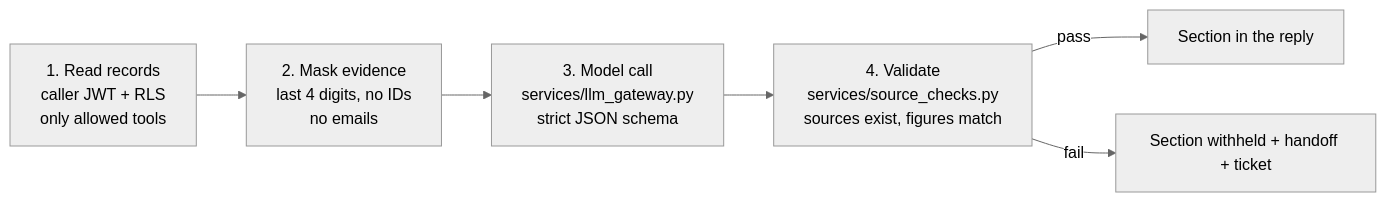
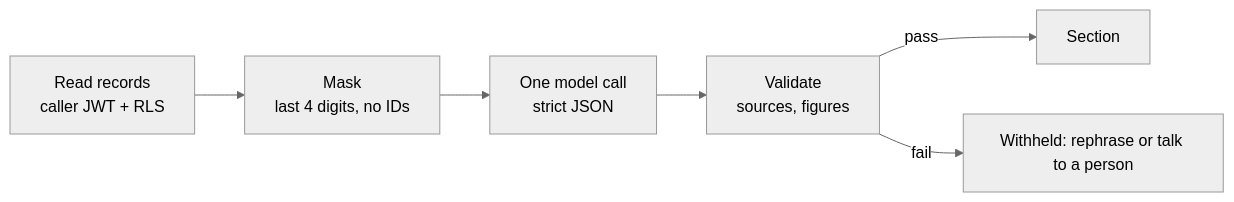
Before and after one commit to deniseLie/IS4000_Group7: the third of 3 diagrams in docs/how-agents-run.md, drawn with Mermaid (neutral theme). The commit also changed other lines of this file and 9 other files, not shown here.

Commit message:
changes to the architecture based on the refined product backlog and refined the ui

````diff
--- a/docs/how-agents-run.md
+++ b/docs/how-agents-run.md
@@ -61,8 +56,6 @@
 ```mermaid
 flowchart LR
-  R[1. Read records<br/>caller JWT + RLS<br/>only allowed tools] --> M[2. Mask evidence<br/>last 4 digits, no IDs<br/>no emails]
-  M --> L[3. Model call<br/>services/llm_gateway.py<br/>strict JSON schema]
-  L --> V[4. Validate<br/>services/source_checks.py<br/>sources exist, figures match]
-  V -->|pass| S[Section in the reply]
-  V -->|fail| W[Section withheld + handoff + ticket]
+  R[Read records<br/>caller JWT + RLS] --> M[Mask<br/>last 4 digits, no IDs] --> L[One model call<br/>strict JSON] --> V[Validate<br/>sources, figures]
+  V -->|pass| S[Section]
+  V -->|fail| W[Withheld: rephrase or talk to a person]
 ```
````
